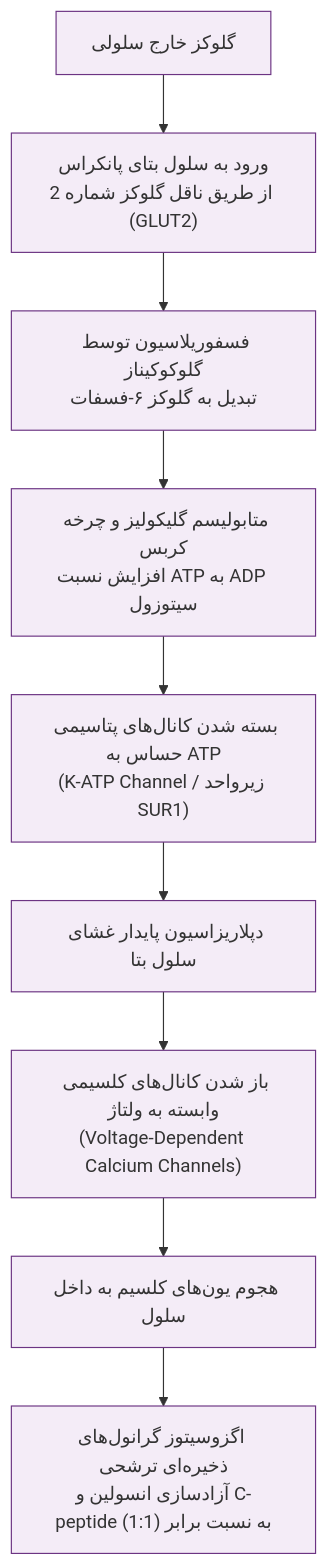
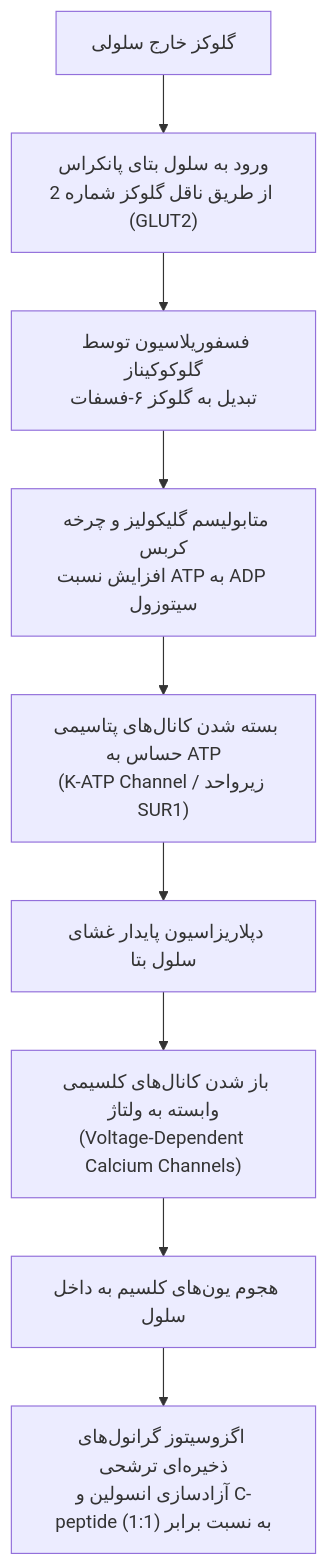
One commit to neopulse-hub/TUMS-1396-1-material-notes changed the eighth of 15 diagrams in 7/مبانی غدد/دیابت.md. Above: the diagram before and after it, drawn with Mermaid. The commit also changed other lines of this file, not shown here.

````diff
--- a/7/مبانی غدد/دیابت.md
+++ b/7/مبانی غدد/دیابت.md
@@ -361,14 +349,12 @@
 ```mermaid
 flowchart TD
     Glu["گلوکز خارج سلولی"] --> GLUT2["ورود به سلول بتای پانکراس<br>از طریق ناقل گلوکز شماره 2 (GLUT2)"]
     GLUT2 --> GCK["فسفوریلاسیون توسط گلوکوکیناز<br>تبدیل به گلوکز ۶-فسفات"]
     GCK --> Mito["متابولیسم گلیکولیز و چرخه کربس<br>افزایش نسبت ATP به ADP سیتوزول"]
     Mito --> KATP["بسته شدن کانال‌های پتاسیمی حساس به ATP<br>(K-ATP Channel / زیرواحد SUR1)"]
     KATP --> Depol["دپلاریزاسیون پایدار غشای سلول بتا"]
     Depol --> VDCC["باز شدن کانال‌های کلسیمی وابسته به ولتاژ<br>(Voltage-Dependent Calcium Channels)"]
     VDCC --> InfluxCa["هجوم یون‌های کلسیم به داخل سلول"]
     InfluxCa --> Exoc["اگزوسیتوز گرانول‌های ذخیره‌ای ترشحی<br>آزادسازی انسولین و C-peptide به نسبت برابر (1:1)"]
 
-    classDef sec fill:#f4ecf7,stroke:#6c3483,stroke-width:1px;
-    class Glu,GLUT2,GCK,Mito,KATP,Depol,VDCC,InfluxCa,Exoc sec;
 ```
````
